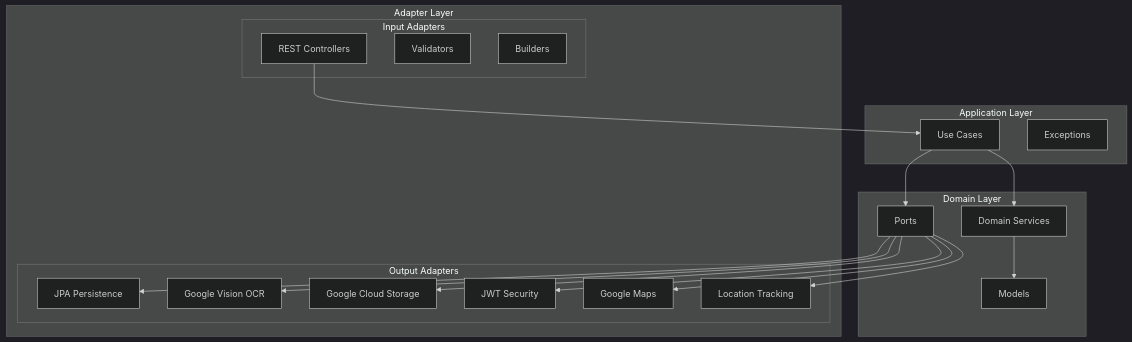
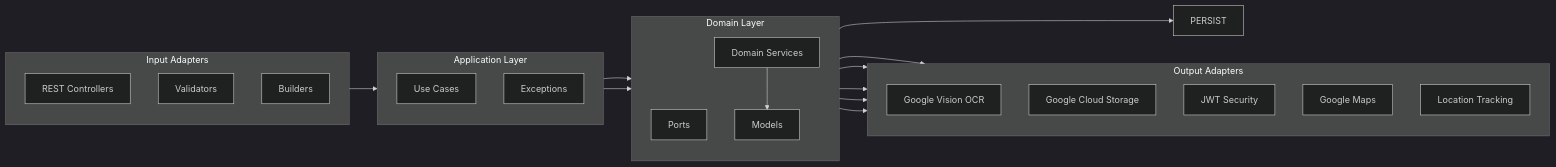
The second of 4 diagrams in README.md (fttmatteo/messenger-backend), drawn with Mermaid (dark theme) before and after one commit. The commit also changed other lines of this file, not shown here.

Commit message:
docs: Update Hexagonal Architecture diagram layout and add Monitoring and Auditing to the technologies list.

````diff
--- a/README.md
+++ b/README.md
@@ -329,40 +333,42 @@
 ```mermaid
-graph TB
-    subgraph "Adapter Layer"
-        subgraph "Input Adapters"
-            REST[REST Controllers]
-            VAL[Validators]
-            BUILD[Builders]
-        end
-        subgraph "Output Adapters"
-            PERSIST[JPA Persistence]
-            OCR[Google Vision OCR]
-            STORAGE[Google Cloud Storage]
-            SEC[JWT Security]
-            MAPS[Google Maps]
-            TRACKING[Location Tracking]
-        end
+graph LR
+    subgraph InputAdapters ["Input Adapters"]
+        direction TB
+        REST[REST Controllers]
+        VAL[Validators]
+        BUILD[Builders]
     end
-    
-    subgraph "Application Layer"
+
+    subgraph ApplicationLayer ["Application Layer"]
+        direction TB
         UC[Use Cases]
         EXC[Exceptions]
     end
-    
-    subgraph "Domain Layer"
-        MOD[Models]
+
+    subgraph DomainLayer ["Domain Layer"]
+        direction TB
         PORTS[Ports]
         SVC[Domain Services]
+        MOD[Models]
     end
-    
+
+    subgraph OutputAdapters ["Output Adapters"]
+        direction TB
+        OCR[Google Vision OCR]
+        STORAGE[Google Cloud Storage]
+        SEC[JWT Security]
+        MAPS[Google Maps]
+        TRACKING[Location Tracking]
+    end
+
     REST --> UC
     UC --> PORTS
     PORTS --> PERSIST
     PORTS --> OCR
     PORTS --> STORAGE
     PORTS --> SEC
     PORTS --> MAPS
     PORTS --> TRACKING
     UC --> SVC
     SVC --> MOD
 ```
````
